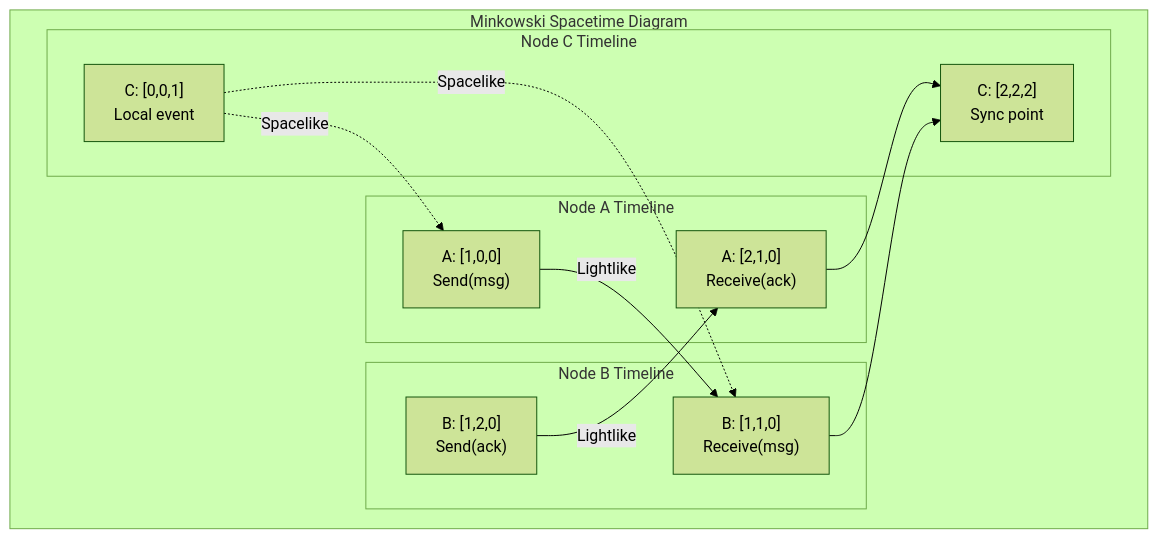
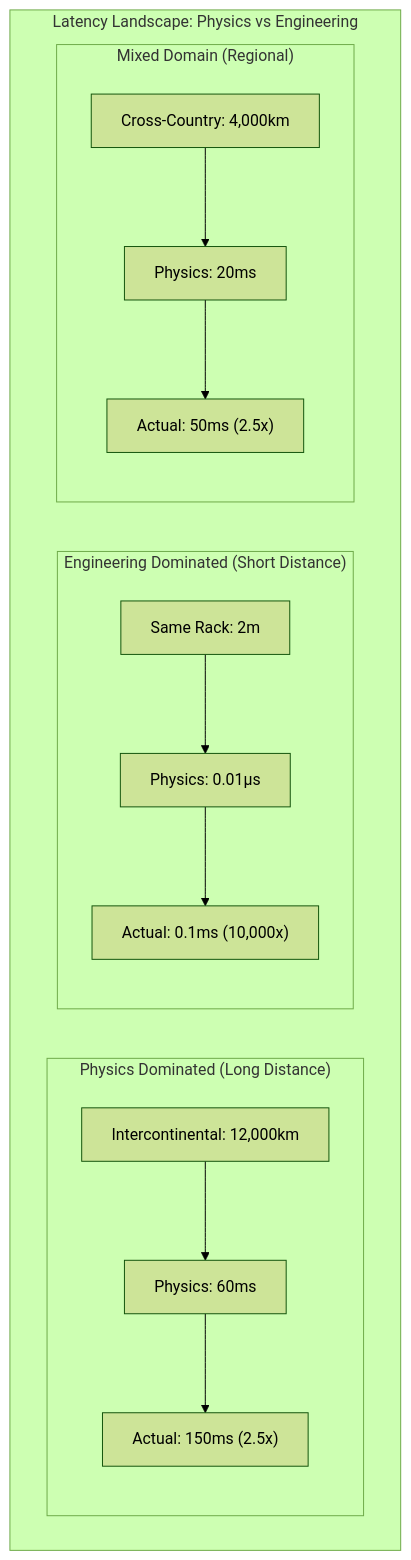
One commit to deepaucksharma/DStudio changed the fifth of 8 diagrams in docs/core-principles/laws/asynchronous-reality.md. Above: the diagram before and after it, drawn with Mermaid (forest theme). The commit also changed other lines of this file and 498 other files, not shown here.

First line of the commit message:
feat: comprehensive knowledge graph quality improvements

````diff
--- a/docs/core-principles/laws/asynchronous-reality.md
+++ b/docs/core-principles/laws/asynchronous-reality.md
@@ -167,27 +1414,26 @@
 ```mermaid
 graph TB
-    subgraph "Minkowski Spacetime Diagram"
-        subgraph "Node A Timeline"
-            A1["A: [1,0,0]<br/>Send(msg)"] 
-            A2["A: [2,1,0]<br/>Receive(ack)"]
+    subgraph "Latency Landscape: Physics vs Engineering"
+        subgraph "Physics Dominated (Long Distance)"
+            PD1["Intercontinental: 12,000km"]
+            PD2["Physics: 60ms"]
+            PD3["Actual: 150ms (2.5x)"]
         end
         
-        subgraph "Node B Timeline"
-            B1["B: [1,1,0]<br/>Receive(msg)"]
-            B2["B: [1,2,0]<br/>Send(ack)"]
+        subgraph "Engineering Dominated (Short Distance)"
+            ED1["Same Rack: 2m"]
+            ED2["Physics: 0.01μs"]
+            ED3["Actual: 0.1ms (10,000x)"]
         end
         
-        subgraph "Node C Timeline"
-            C1["C: [0,0,1]<br/>Local event"]
-            C2["C: [2,2,2]<br/>Sync point"]
+        subgraph "Mixed Domain (Regional)"
+            MD1["Cross-Country: 4,000km"]
+            MD2["Physics: 20ms"]
+            MD3["Actual: 50ms (2.5x)"]
         end
     end
     
-    A1 -->|"Lightlike"| B1
-    B2 -->|"Lightlike"| A2
-    C1 -.->|"Spacelike"| A1
-    C1 -.->|"Spacelike"| B1
-    
-    A2 --> C2
-    B1 --> C2
+    PD1 --> PD2 --> PD3
+    ED1 --> ED2 --> ED3
+    MD1 --> MD2 --> MD3
 ```
````
